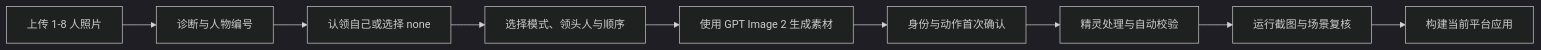
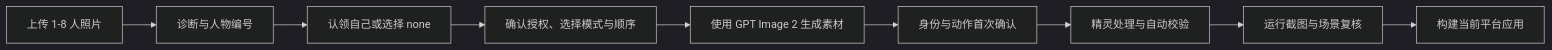
One commit to zhoutian1995/love-roommate changed the diagram in README.md. Above: the diagram before and after it, drawn with Mermaid (dark theme). The commit also changed other lines of this file and 39 other files, not shown here.

````diff
--- a/README.md
+++ b/README.md
@@ -84,11 +85,11 @@
 ```mermaid
 flowchart LR
     A["上传 1-8 人照片"] --> B["诊断与人物编号"]
     B --> C["认领自己或选择 none"]
-    C --> D["选择模式、领头人与顺序"]
+    C --> D["确认授权、选择模式与顺序"]
     D --> E["使用 GPT Image 2 生成素材"]
     E --> F["身份与动作首次确认"]
     F --> G["精灵处理与自动校验"]
     G --> H["运行截图与场景复核"]
     H --> I["构建当前平台应用"]
 ```
````
